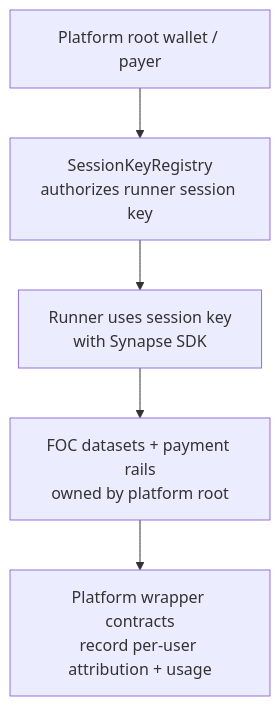
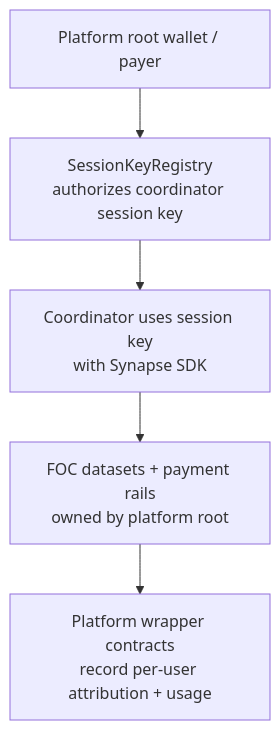
One commit to FIL-Builders/foc-platform changed the fifth of 20 diagrams in spec.md. Above: the diagram before and after it, drawn with Mermaid. The commit also changed other lines of this file, not shown here.

Commit message:
Replace runner terminology with coordinator

````diff
--- a/spec.md
+++ b/spec.md
@@ -474,13 +474,13 @@
 ```mermaid
 flowchart TD
   root["Platform root wallet / payer"]
-  registry["SessionKeyRegistry<br/>authorizes runner session key"]
-  runner["Runner uses session key<br/>with Synapse SDK"]
+  registry["SessionKeyRegistry<br/>authorizes coordinator session key"]
+  coordinator["Coordinator uses session key<br/>with Synapse SDK"]
   foc["FOC datasets + payment rails<br/>owned by platform root"]
   platform["Platform wrapper contracts<br/>record per-user attribution + usage"]
 
   root --> registry
-  registry --> runner
-  runner --> foc
+  registry --> coordinator
+  coordinator --> foc
   foc --> platform
 ```
````
